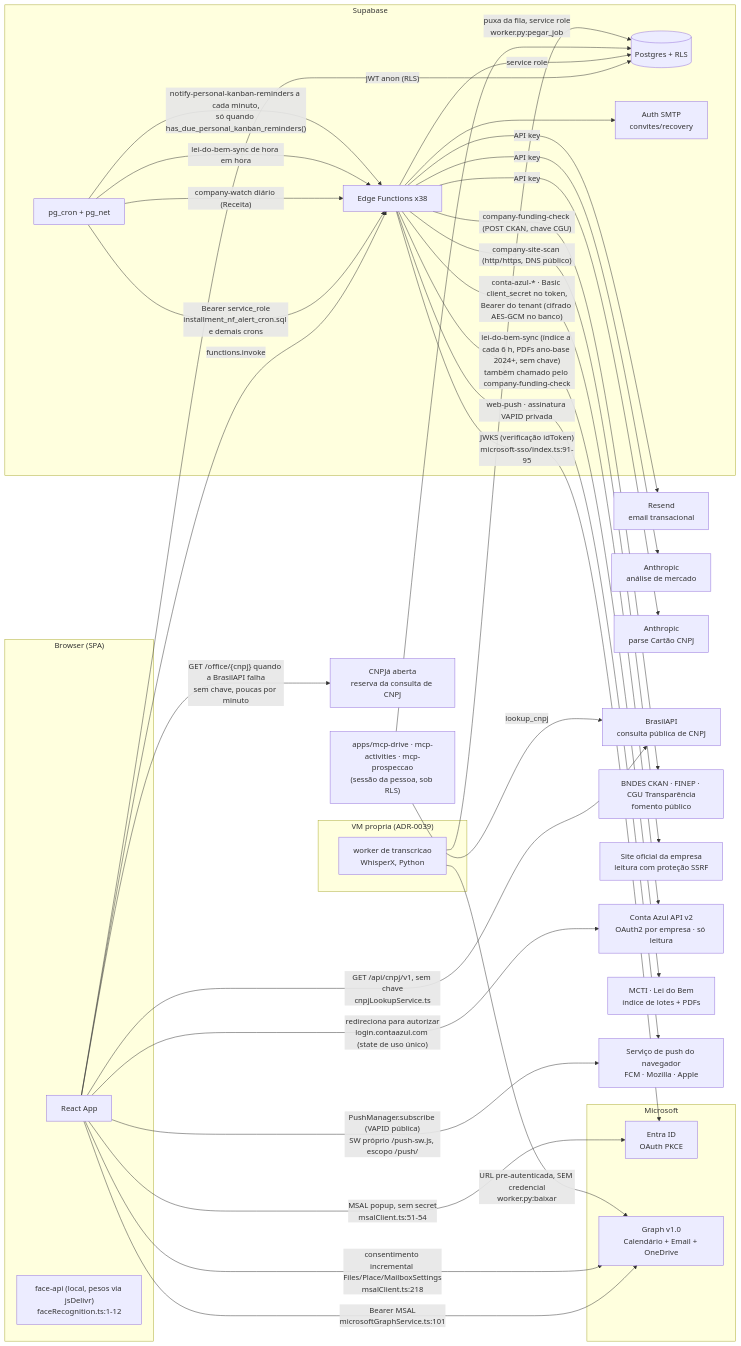
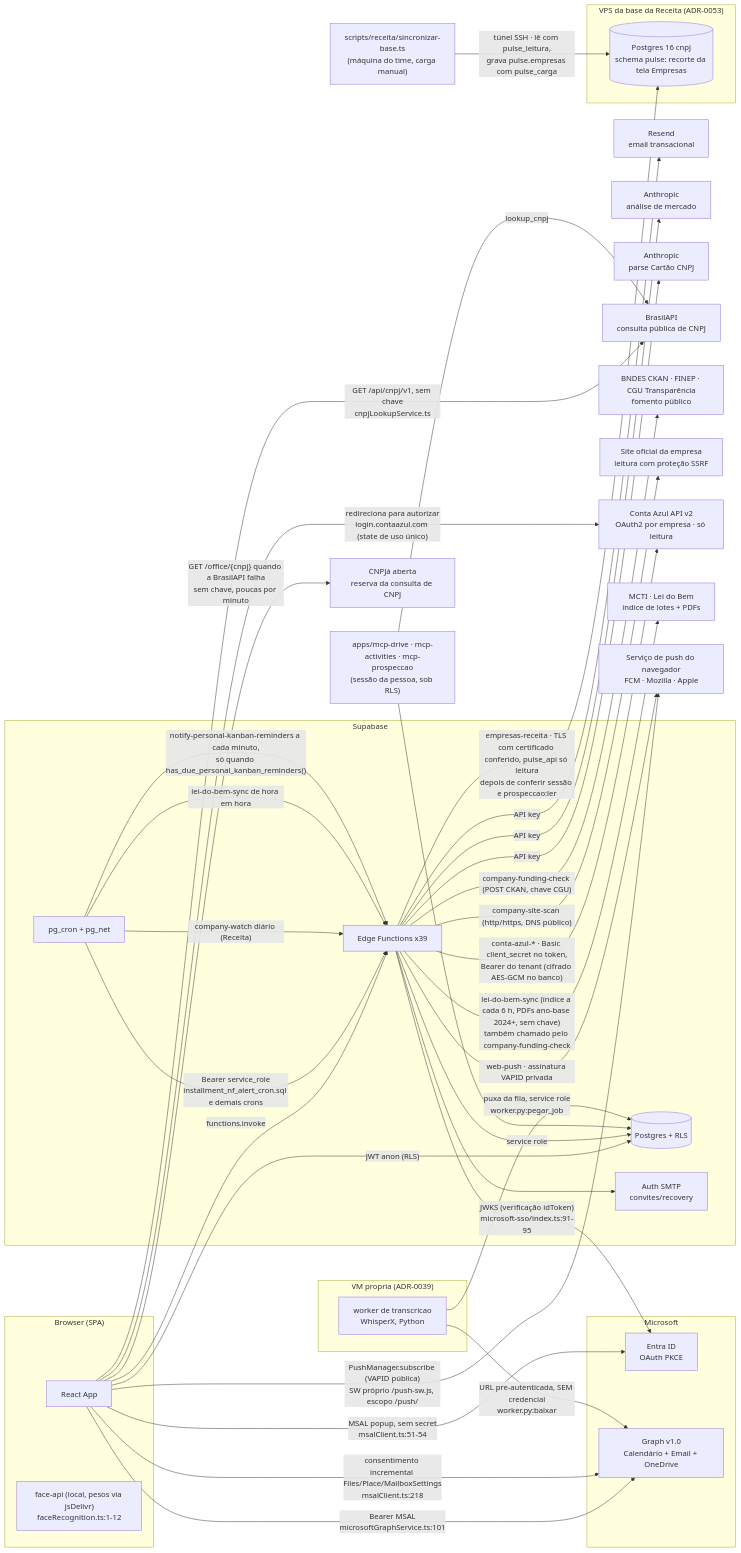
One commit to Origami-Lab-Organization/og-pulse changed the diagram in .harness/docs/architecture/integrations.md. Above: the diagram before and after it, drawn with Mermaid. The commit also changed other lines of this file and 17 other files, not shown here.

First line of the commit message:
refactor(comercial): base da Receita fica na VPS, lida por Edge Function

````diff
--- a/.harness/docs/architecture/integrations.md
+++ b/.harness/docs/architecture/integrations.md
@@ -52,63 +55,70 @@
 ```mermaid
 flowchart LR
     subgraph Browser["Browser (SPA)"]
         SPA[React App]
         FACE["face-api (local, pesos via jsDelivr)<br/>faceRecognition.ts:1-12"]
     end
 
     subgraph Supabase
         REST[(Postgres + RLS)]
-        EF[Edge Functions x38]
+        EF[Edge Functions x39]
         CRON[pg_cron + pg_net]
         SMTP[Auth SMTP<br/>convites/recovery]
     end
 
     subgraph Microsoft
         ENTRA[Entra ID<br/>OAuth PKCE]
         GRAPH[Graph v1.0<br/>Calendário + Email + OneDrive]
     end
 
     subgraph VM["VM propria (ADR-0039)"]
         WRK["worker de transcricao<br/>WhisperX, Python"]
     end
+
+    subgraph VPSR["VPS da base da Receita (ADR-0053)"]
+        RECEITA[("Postgres 16 cnpj<br/>schema pulse: recorte da tela Empresas")]
+    end
+    DEV["scripts/receita/sincronizar-base.ts<br/>(máquina do time, carga manual)"]
 
     EXT1[Resend<br/>email transacional]
     EXT2[Anthropic<br/>análise de mercado]
     EXT3[Anthropic<br/>parse Cartão CNPJ]
     EXT4[BrasilAPI<br/>consulta pública de CNPJ]
     EXT9[CNPJá aberta<br/>reserva da consulta de CNPJ]
     EXT5[BNDES CKAN · FINEP · CGU Transparência<br/>fomento público]
     EXT6[Site oficial da empresa<br/>leitura com proteção SSRF]
     EXT7[Conta Azul API v2<br/>OAuth2 por empresa · só leitura]
     EXT8[MCTI · Lei do Bem<br/>índice de lotes + PDFs]
     EXT10[Serviço de push do navegador<br/>FCM · Mozilla · Apple]
 
     SPA -->|"JWT anon (RLS)"| REST
     SPA -->|functions.invoke| EF
     SPA -->|"MSAL popup, sem secret<br/>msalClient.ts:51-54"| ENTRA
     SPA -->|"Bearer MSAL<br/>microsoftGraphService.ts:101"| GRAPH
     SPA -->|"consentimento incremental Files/Place/MailboxSettings<br/>msalClient.ts:218"| GRAPH
     CRON -->|"Bearer service_role<br/>installment_nf_alert_cron.sql e demais crons"| EF
     EF -->|service role| REST
     EF -->|"JWKS (verificação idToken)<br/>microsoft-sso/index.ts:91-95"| ENTRA
     EF -->|API key| EXT1
     EF -->|API key| EXT2
     EF -->|API key| EXT3
     EF --> SMTP
     EF -->|"company-funding-check (POST CKAN, chave CGU)"| EXT5
     EF -->|"company-site-scan (http/https, DNS público)"| EXT6
     SPA -->|"redireciona para autorizar<br/>login.contaazul.com (state de uso único)"| EXT7
     EF -->|"conta-azul-* · Basic client_secret no token,<br/>Bearer do tenant (cifrado AES-GCM no banco)"| EXT7
     CRON -->|"company-watch diário (Receita)"| EF
     CRON -->|"lei-do-bem-sync de hora em hora"| EF
     CRON -->|"notify-personal-kanban-reminders a cada minuto,<br/>só quando has_due_personal_kanban_reminders()"| EF
     SPA -->|"PushManager.subscribe (VAPID pública)<br/>SW próprio /push-sw.js, escopo /push/"| EXT10
     EF -->|"web-push · assinatura VAPID privada"| EXT10
     EF -->|"lei-do-bem-sync (índice a cada 6 h, PDFs ano-base 2024+, sem chave)<br/>também chamado pelo company-funding-check"| EXT8
     SPA -->|"GET /api/cnpj/v1, sem chave<br/>cnpjLookupService.ts"| EXT4
     SPA -->|"GET /office/{cnpj} quando a BrasilAPI falha<br/>sem chave, poucas por minuto"| EXT9
     MCP["apps/mcp-drive · mcp-activities · mcp-prospeccao<br/>(sessão da pessoa, sob RLS)"] --> REST
     MCP -->|"lookup_cnpj"| EXT4
     WRK -->|"puxa da fila, service role<br/>worker.py:pegar_job"| REST
     WRK -->|"URL pre-autenticada, SEM credencial<br/>worker.py:baixar"| GRAPH
+    EF -->|"empresas-receita · TLS com certificado conferido, pulse_api só leitura<br/>depois de conferir sessão e prospeccao:ler"| RECEITA
+    DEV -->|"túnel SSH · lê com pulse_leitura,<br/>grava pulse.empresas com pulse_carga"| RECEITA
 ```
````
